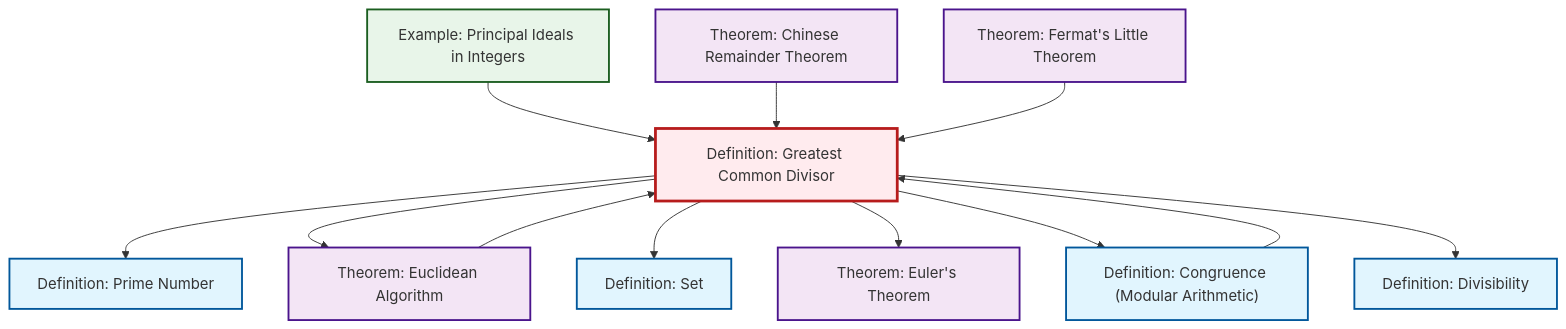
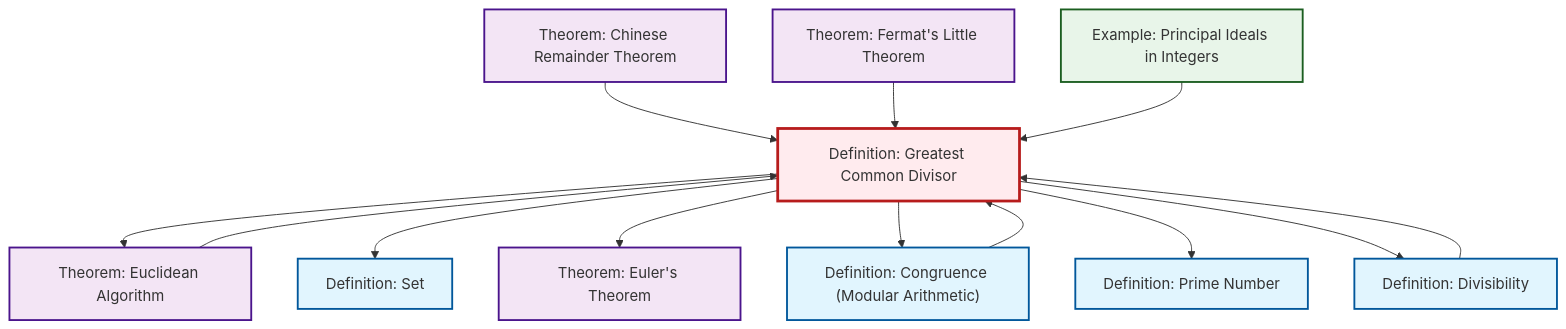
Before and after one commit to RK0429/ModernMath: the second of 2 diagrams in content/en/number-theory/def-gcd.qmd, drawn with Mermaid. The commit also changed 531 other files, not shown here.

````diff
--- a/content/en/number-theory/def-gcd.qmd
+++ b/content/en/number-theory/def-gcd.qmd
@@ -92,40 +92,41 @@
 ```{mermaid}
 %%| fig-cap: "Local dependency graph"
 graph TD
     classDef definition fill:#e1f5fe,stroke:#01579b,stroke-width:2px
     classDef theorem fill:#f3e5f5,stroke:#4a148c,stroke-width:2px
     classDef axiom fill:#fff3e0,stroke:#e65100,stroke-width:2px
     classDef example fill:#e8f5e9,stroke:#1b5e20,stroke-width:2px
     classDef current fill:#ffebee,stroke:#b71c1c,stroke-width:3px
-    def-prime["Definition: Prime Number"]:::definition
-    def-gcd["Definition: Greatest Common Divisor"]:::definition
+    thm-chinese-remainder["Theorem: Chinese Remainder Theorem"]:::theorem
+    def-divisibility["Definition: Divisibility"]:::definition
     def-set["Definition: Set"]:::definition
-    ex-principal-ideal["Example: Principal Ideals in Integers"]:::example
-    def-divisibility["Definition: Divisibility"]:::definition
-    thm-chinese-remainder["Theorem: Chinese Remainder Theorem"]:::theorem
-    def-congruence["Definition: Congruence (Modular Arithmetic)"]:::definition
     thm-euler["Theorem: Euler's Theorem"]:::theorem
     thm-fermat-little["Theorem: Fermat's Little Theorem"]:::theorem
+    def-congruence["Definition: Congruence (Modular Arithmetic)"]:::definition
+    def-gcd["Definition: Greatest Common Divisor"]:::definition
+    def-prime["Definition: Prime Number"]:::definition
+    ex-principal-ideal["Example: Principal Ideals in Integers"]:::example
     thm-euclidean-algorithm["Theorem: Euclidean Algorithm"]:::theorem
+    def-gcd --> thm-euclidean-algorithm
+    def-gcd --> def-set
+    def-gcd --> thm-euler
+    def-congruence --> def-gcd
+    def-gcd --> def-congruence
+    def-gcd --> def-prime
     thm-euclidean-algorithm --> def-gcd
-    def-gcd --> def-prime
-    def-gcd --> thm-euclidean-algorithm
-    def-congruence --> def-gcd
+    thm-chinese-remainder --> def-gcd
+    def-gcd --> def-divisibility
+    def-divisibility --> def-gcd
+    thm-fermat-little --> def-gcd
     ex-principal-ideal --> def-gcd
-    def-gcd --> def-set
-    thm-chinese-remainder --> def-gcd
-    thm-fermat-little --> def-gcd
-    def-gcd --> thm-euler
-    def-gcd --> def-congruence
-    def-gcd --> def-divisibility
     class def-gcd current
-    click def-prime "def-prime.html" "Go to Prime Number definition"
+    click thm-chinese-remainder "thm-chinese-remainder.html" "Go to Chinese Remainder Theorem theorem"
+    click def-divisibility "def-divisibility.html" "Go to Divisibility definition"
     click def-set "def-set.html" "Go to Set definition"
-    click ex-principal-ideal "ex-principal-ideal.html" "Go to Principal Ideals in Integers example"
-    click def-divisibility "def-divisibility.html" "Go to Divisibility definition"
-    click thm-chinese-remainder "thm-chinese-remainder.html" "Go to Chinese Remainder Theorem theorem"
-    click def-congruence "def-congruence.html" "Go to Congruence (Modular Arithmetic) definition"
     click thm-euler "thm-euler.html" "Go to Euler's Theorem theorem"
     click thm-fermat-little "thm-fermat-little.html" "Go to Fermat's Little Theorem theorem"
+    click def-congruence "def-congruence.html" "Go to Congruence (Modular Arithmetic) definition"
+    click def-prime "def-prime.html" "Go to Prime Number definition"
+    click ex-principal-ideal "ex-principal-ideal.html" "Go to Principal Ideals in Integers example"
     click thm-euclidean-algorithm "thm-euclidean-algorithm.html" "Go to Euclidean Algorithm theorem"
 ```
````
